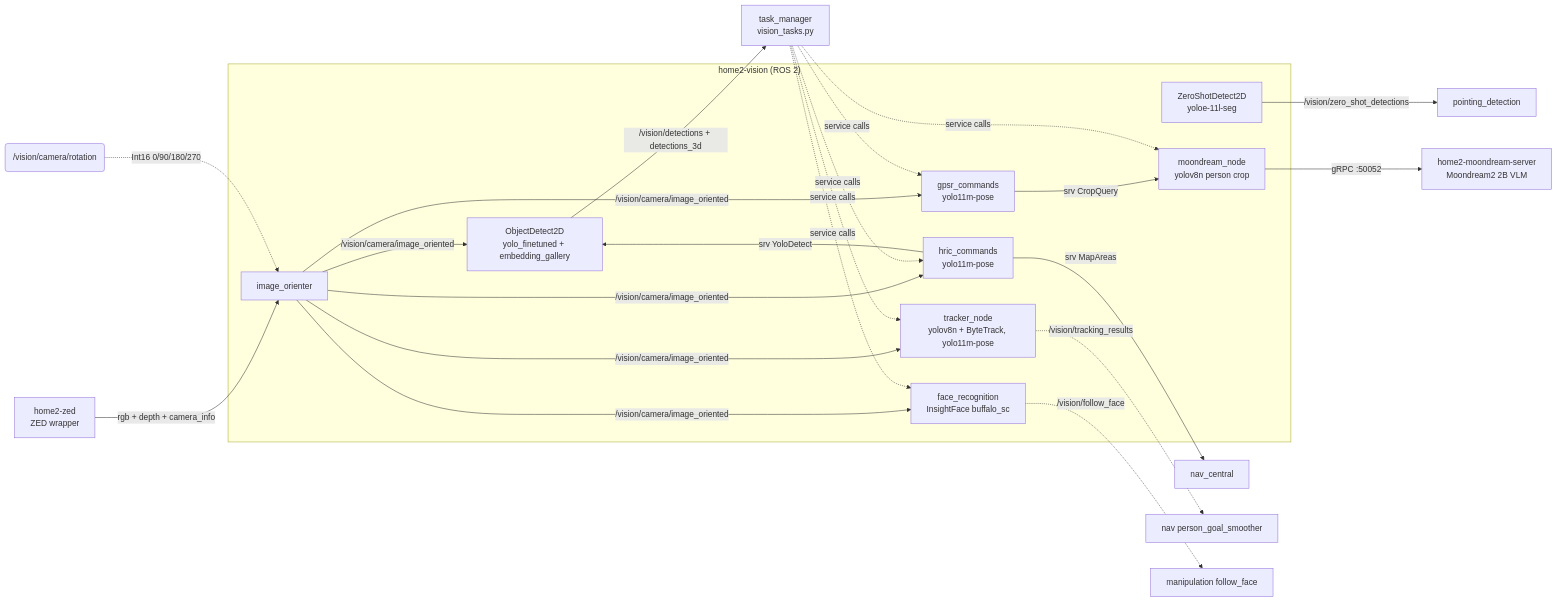
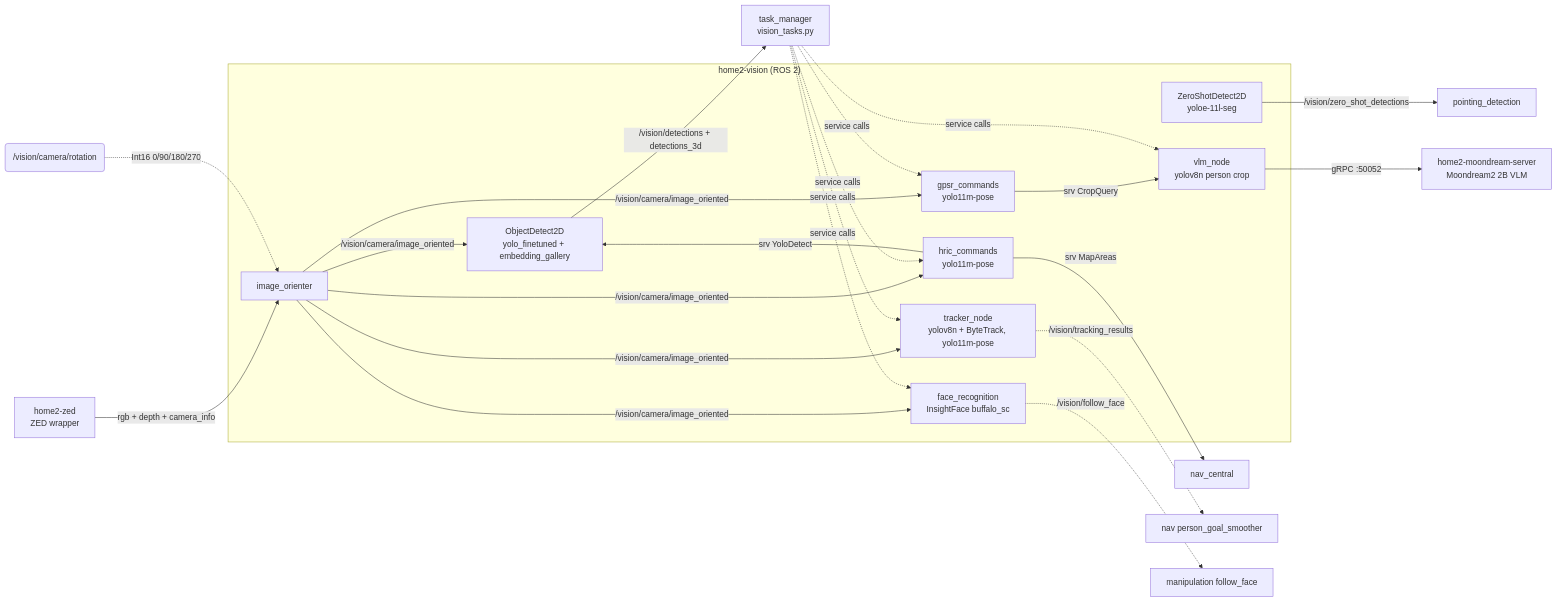
One commit to RoBorregos/home2 changed the diagram in vision/README.md. Above: the diagram before and after it, drawn with Mermaid. The commit also changed other lines of this file and 28 other files, not shown here.

Commit message:
Rename the shared Moondream/LFM package, node, proto and compose profile to vlm (#1494)

````diff
--- a/vision/README.md
+++ b/vision/README.md
@@ -163,28 +164,28 @@
 ```mermaid
 flowchart LR
     ZED[home2-zed<br/>ZED wrapper] -->|rgb + depth + camera_info| IO[image_orienter]
     ROT(/vision/camera/rotation) -.->|Int16 0/90/180/270| IO
     IO -->|/vision/camera/image_oriented| OD & TRK & HC & GC & FR
 
     subgraph VIS["home2-vision (ROS 2)"]
         IO
         OD["ObjectDetect2D<br/>yolo_finetuned + embedding_gallery"]
         ZS["ZeroShotDetect2D<br/>yoloe-11l-seg"]
         TRK["tracker_node<br/>yolov8n + ByteTrack, yolo11m-pose"]
         FR["face_recognition<br/>InsightFace buffalo_sc"]
         HC["hric_commands<br/>yolo11m-pose"]
         GC["gpsr_commands<br/>yolo11m-pose"]
-        MD["moondream_node<br/>yolov8n person crop"]
+        MD["vlm_node<br/>yolov8n person crop"]
     end
 
     OD -->|/vision/detections + detections_3d| TM[task_manager<br/>vision_tasks.py]
     HC -->|srv YoloDetect| OD
     HC -->|srv MapAreas| NAV[nav_central]
     GC -->|srv CropQuery| MD
     MD -->|gRPC :50052| MDS["home2-moondream-server<br/>Moondream2 2B VLM"]
     ZS -->|/vision/zero_shot_detections| PD[pointing_detection]
 
     TRK -.->|/vision/tracking_results| SM[nav person_goal_smoother]
     FR -.->|/vision/follow_face| ARM[manipulation follow_face]
     TM -.->|service calls| TRK & FR & HC & GC & MD
 ```
````
